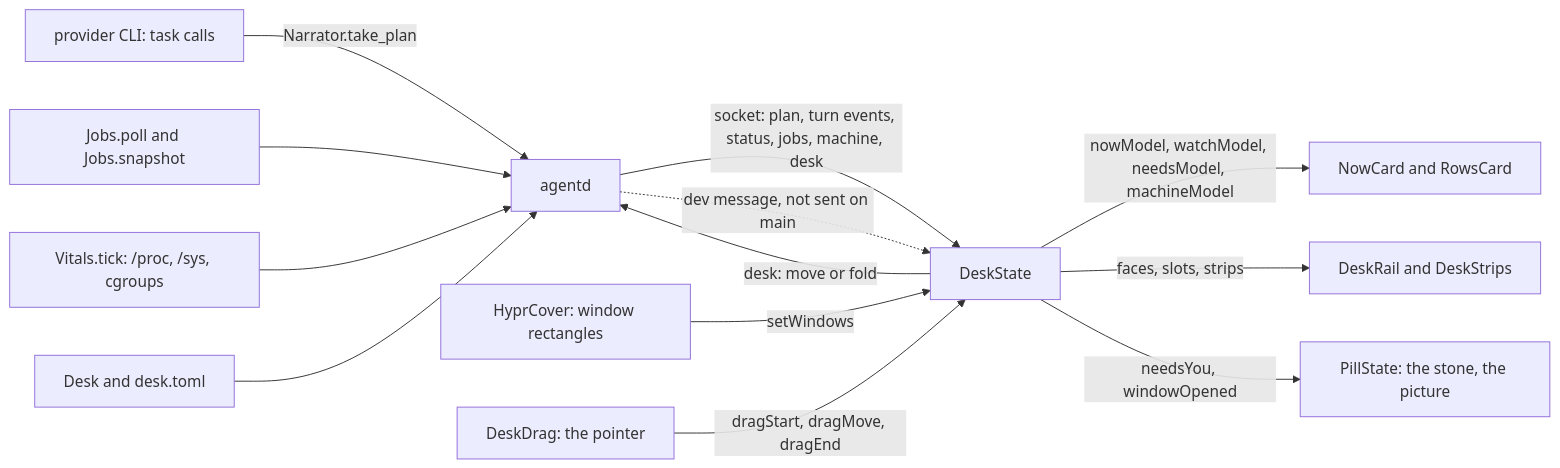
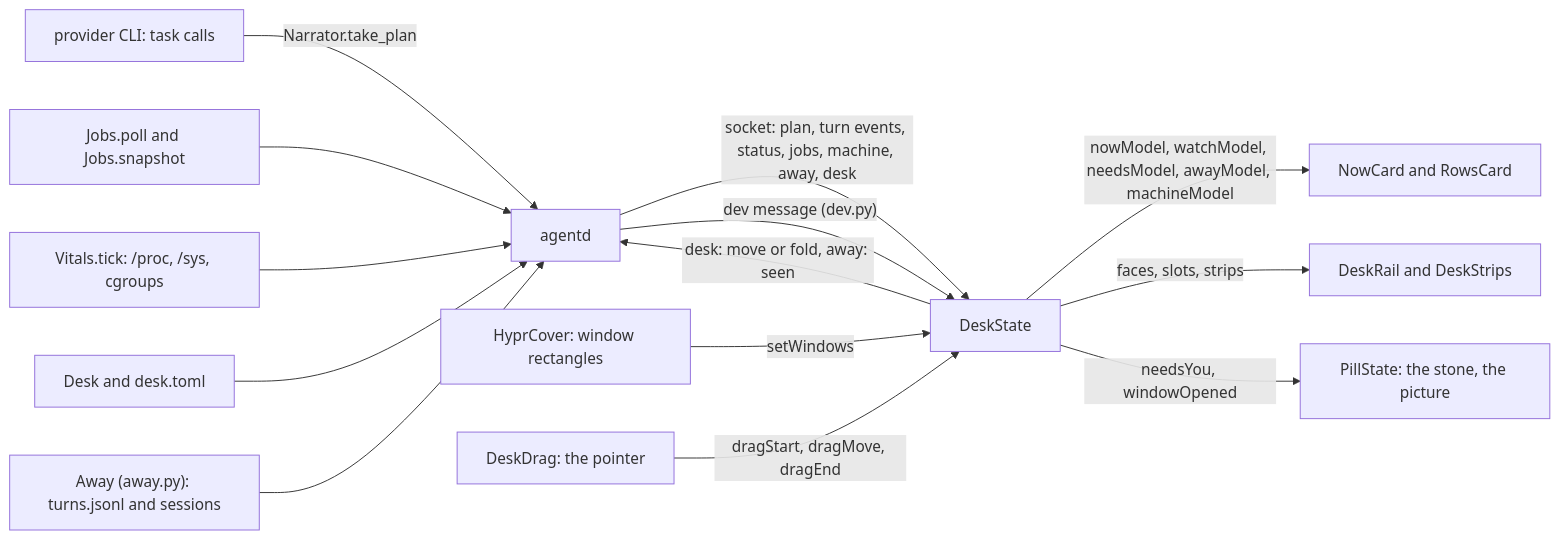
One commit to thedefaultman/Bombadil changed the first of 6 diagrams in docs/architecture/desk.md. Above: the diagram before and after it, drawn with Mermaid. The commit also changed other lines of this file and 37 other files, not shown here.

First line of the commit message:
docs: image, install and session-service pages checked against main with coding sessions (work in progress)

````diff
--- a/docs/architecture/desk.md
+++ b/docs/architecture/desk.md
@@ -14,15 +14,16 @@
 ```mermaid
 flowchart LR
     CLI["provider CLI: task calls"] -->|"Narrator.take_plan"| AGD["agentd"]
     JOBS["Jobs.poll and Jobs.snapshot"] --> AGD
     VIT["Vitals.tick: /proc, /sys, cgroups"] --> AGD
     DESKPY["Desk and desk.toml"] --> AGD
-    AGD -->|"socket: plan, turn events, status, jobs, machine, desk"| DS["DeskState"]
-    AGD -.->|"dev message, not sent on main"| DS
+    AWAY["Away (away.py): turns.jsonl and sessions"] --> AGD
+    AGD -->|"socket: plan, turn events, status, jobs, machine, away, desk"| DS["DeskState"]
+    AGD -->|"dev message (dev.py)"| DS
     COVER["HyprCover: window rectangles"] -->|"setWindows"| DS
     GRIP["DeskDrag: the pointer"] -->|"dragStart, dragMove, dragEnd"| DS
-    DS -->|"desk: move or fold"| AGD
-    DS -->|"nowModel, watchModel, needsModel, machineModel"| CARDS["NowCard and RowsCard"]
+    DS -->|"desk: move or fold, away: seen"| AGD
+    DS -->|"nowModel, watchModel, needsModel, awayModel, machineModel"| CARDS["NowCard and RowsCard"]
     DS -->|"faces, slots, strips"| DRAW["DeskRail and DeskStrips"]
     DS -->|"needsYou, windowOpened"| PILL["PillState: the stone, the picture"]
 ```
````
